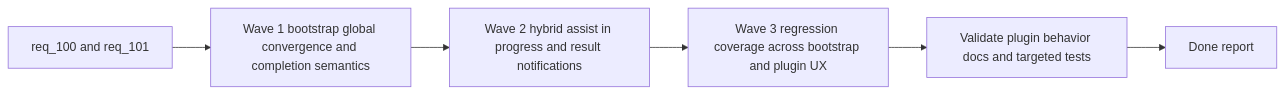
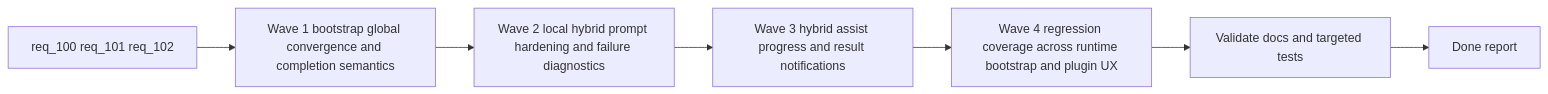
Before and after one commit to AlexAgo83/logics-manager: the diagram in logics/tasks/task_104_orchestration_delivery_for_req_100_and_req_101_plugin_feedback_and_bootstrap_global_kit_convergence.md, drawn with Mermaid. The commit also changed other lines of this file and 13 other files, not shown here.

Commit message:
Add req 102 backlog and extend orchestration

````diff
--- a/logics/tasks/task_104_orchestration_delivery_for_req_100_and_req_101_plugin_feedback_and_bootstrap_global_kit_convergence.md
+++ b/logics/tasks/task_104_orchestration_delivery_for_req_100_and_req_101_plugin_feedback_and_bootstrap_global_kit_convergence.md
@@ -37,10 +43,11 @@
 ```mermaid
 %% logics-kind: task
-%% logics-signature: task|orchestration-delivery-for-req-100-and-r|item-170-add-plugin-in-progress-feedback|1-confirm-the-shared-plugin-surfaces-and|python3-logics-skills-logics-flow-manage
+%% logics-signature: task|orchestration-delivery-for-req-100-req-1|item-170-add-plugin-in-progress-feedback|1-confirm-the-shared-plugin-surfaces|python3-logics-skills-logics-flow-manage
 flowchart LR
-    Start[req_100 and req_101] --> Wave1[Wave 1 bootstrap global convergence and completion semantics]
-    Wave1 --> Wave2[Wave 2 hybrid assist in progress and result notifications]
-    Wave2 --> Wave3[Wave 3 regression coverage across bootstrap and plugin UX]
-    Wave3 --> Validate[Validate plugin behavior docs and targeted tests]
+    Start[req_100 req_101 req_102] --> Wave1[Wave 1 bootstrap global convergence and completion semantics]
+    Wave1 --> Wave2[Wave 2 local hybrid prompt hardening and failure diagnostics]
+    Wave2 --> Wave3[Wave 3 hybrid assist progress and result notifications]
+    Wave3 --> Wave4[Wave 4 regression coverage across runtime bootstrap and plugin UX]
+    Wave4 --> Validate[Validate docs and targeted tests]
     Validate --> Report[Done report]
 ```
````
